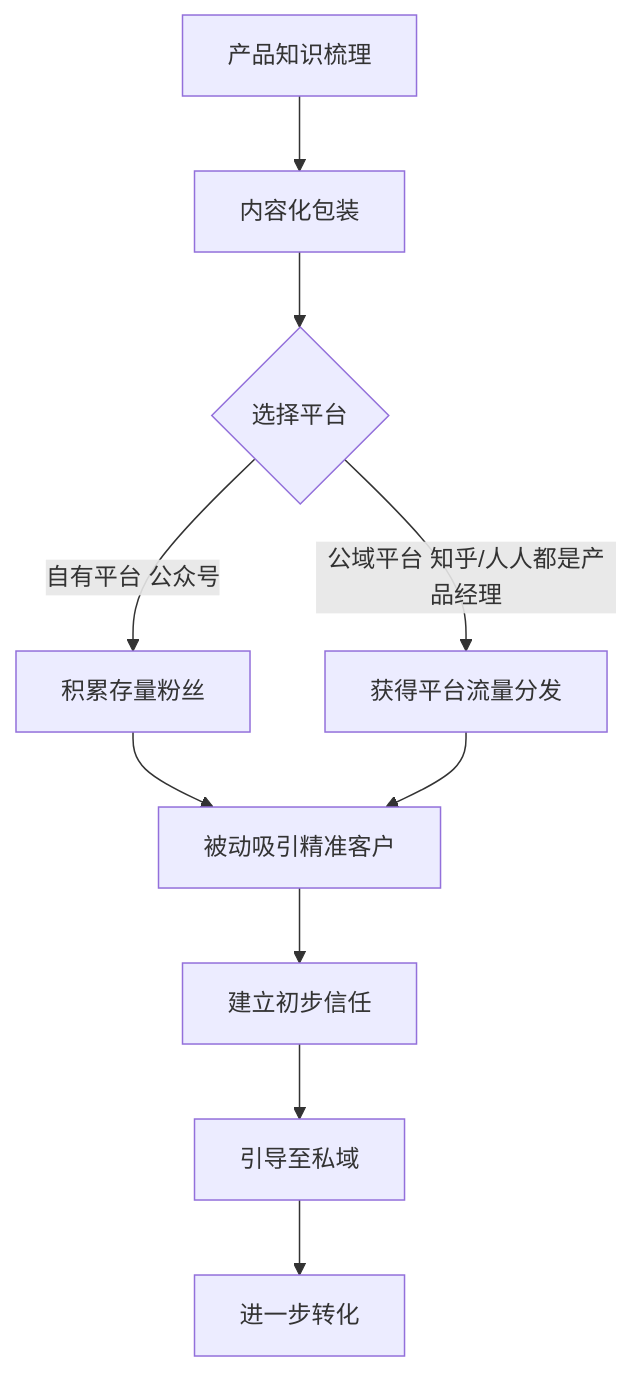
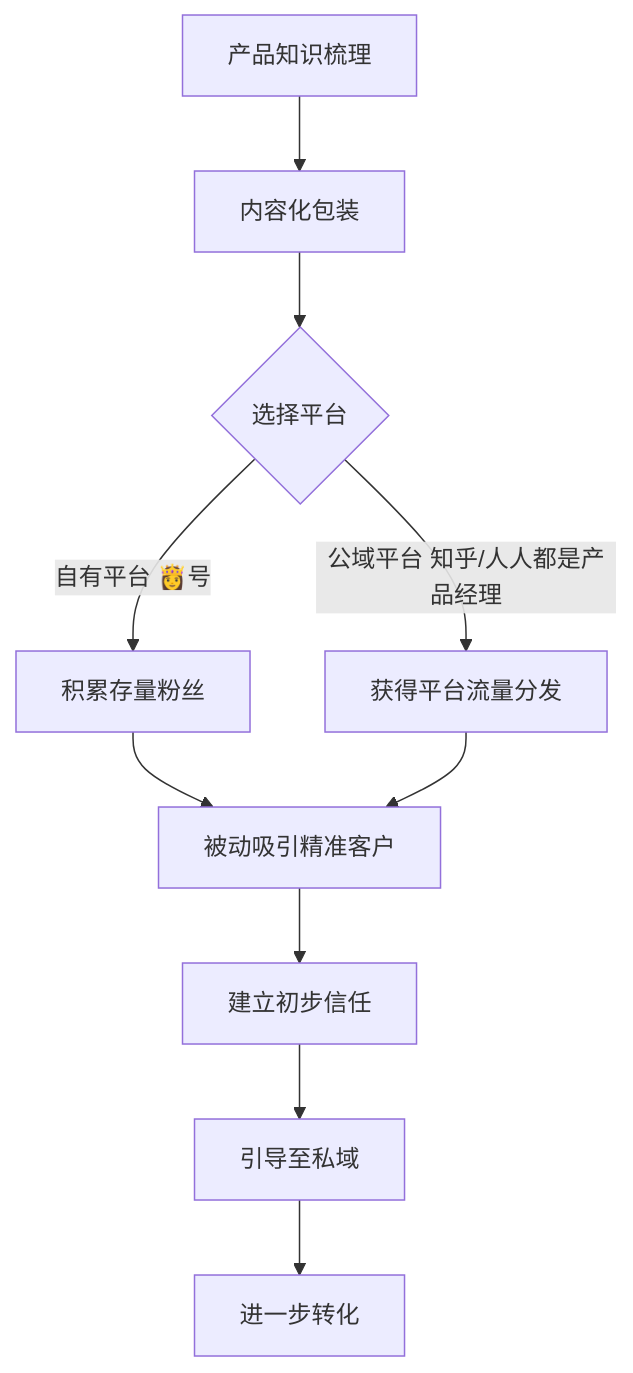
Before and after one commit to OpenDocCN1/flygon-zhuanqian-zhoubao: the sixth of 11 diagrams in docs/202301-02_paper2textbook/asset/body_fix_9d5cc759b4b185f8b35d104029f4e1f1_b89b44b84a16ac5546656f148df6d07f_254e1b33663ad9784586b5e803813883_7bcd9fabaa9cf976c64242412c341b08.md, drawn with Mermaid. The commit also changed other lines of this file and 6688 other files, not shown here.

````diff
--- a/docs/202301-02_paper2textbook/asset/body_fix_9d5cc759b4b185f8b35d104029f4e1f1_b89b44b84a16ac5546656f148df6d07f_254e1b33663ad9784586b5e803813883_7bcd9fabaa9cf976c64242412c341b08.md
+++ b/docs/202301-02_paper2textbook/asset/body_fix_9d5cc759b4b185f8b35d104029f4e1f1_b89b44b84a16ac5546656f148df6d07f_254e1b33663ad9784586b5e803813883_7bcd9fabaa9cf976c64242412c341b08.md
@@ -362,12 +362,12 @@
 ```mermaid
 graph TD
     A[产品知识梳理] --> B[内容化包装]
     B --> C{选择平台}
-    C -->|自有平台 公众号| D[积累存量粉丝]
+    C -->|自有平台 👸号| D[积累存量粉丝]
     C -->|公域平台 知乎/人人都是产品经理| E[获得平台流量分发]
     D --> F[被动吸引精准客户]
     E --> F
     F --> G[建立初步信任]
     G --> H[引导至私域]
     H --> I[进一步转化]
 ```
````
